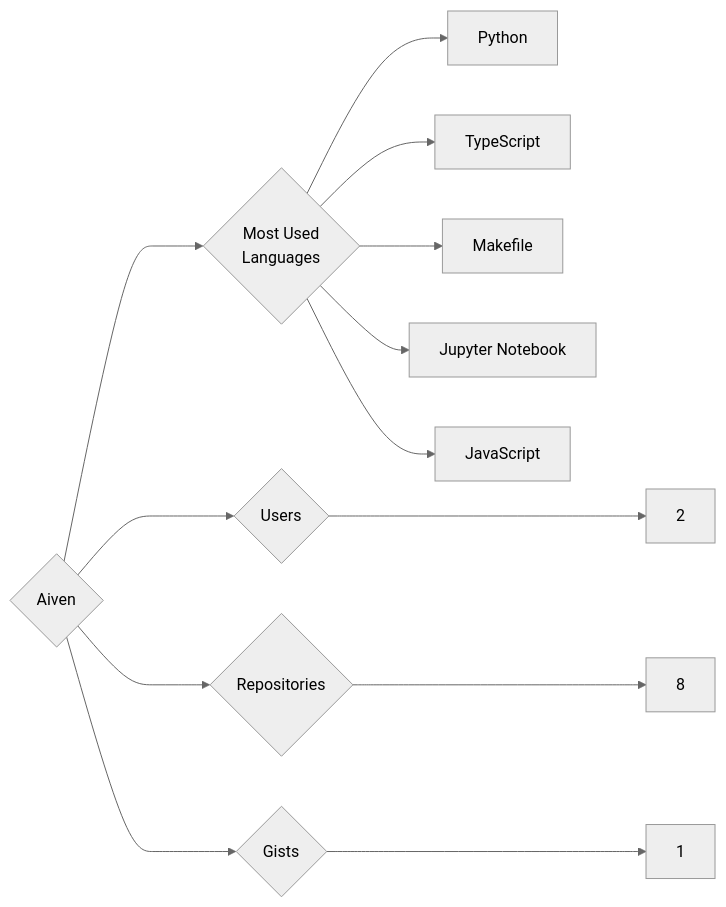
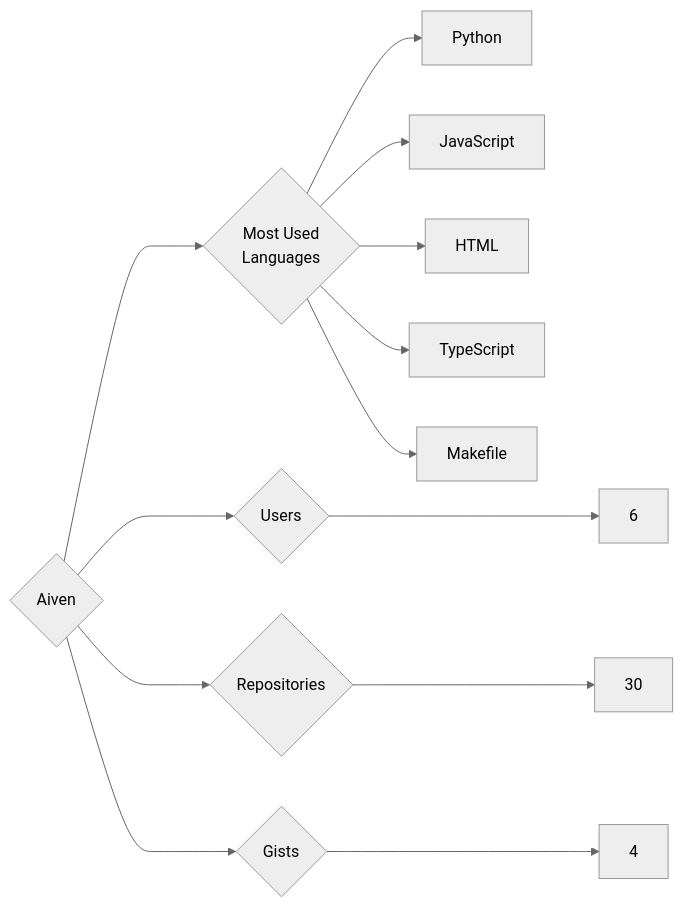
Before and after one commit to trickest/insiders: the diagram in targets/Aiven/README.md, drawn with Mermaid (neutral theme). The commit also changed 1148 other files, not shown here.

````diff
--- a/targets/Aiven/README.md
+++ b/targets/Aiven/README.md
@@ -3,13 +3,13 @@
 ```mermaid
 graph LR
 COMPANY_NAME{Aiven}
-COMPANY_NAME ---> U{Users} ---> UN[2]
-COMPANY_NAME ---> R{Repositories} ---> RN[8]
-COMPANY_NAME ---> G{Gists} ---> GN[1]
+COMPANY_NAME ---> U{Users} ---> UN[6]
+COMPANY_NAME ---> R{Repositories} ---> RN[30]
+COMPANY_NAME ---> G{Gists} ---> GN[4]
 COMPANY_NAME ---> ML{Most Used<br>Languages}
 ML --> Python[Python]
+ML --> JavaScript[JavaScript]
+ML --> HTML[HTML]
 ML --> TypeScript[TypeScript]
 ML --> Makefile[Makefile]
-ML --> Jupyter_Notebook[Jupyter Notebook]
-ML --> JavaScript[JavaScript]
 ```
````
